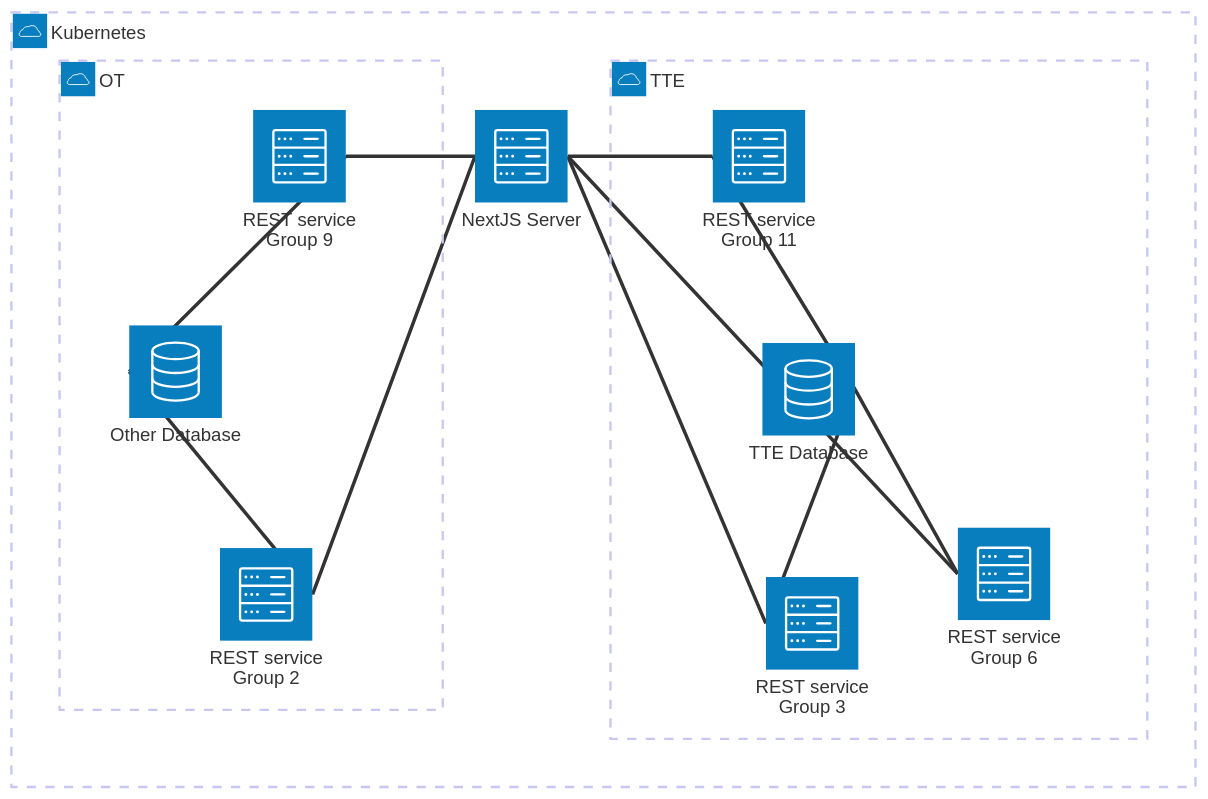
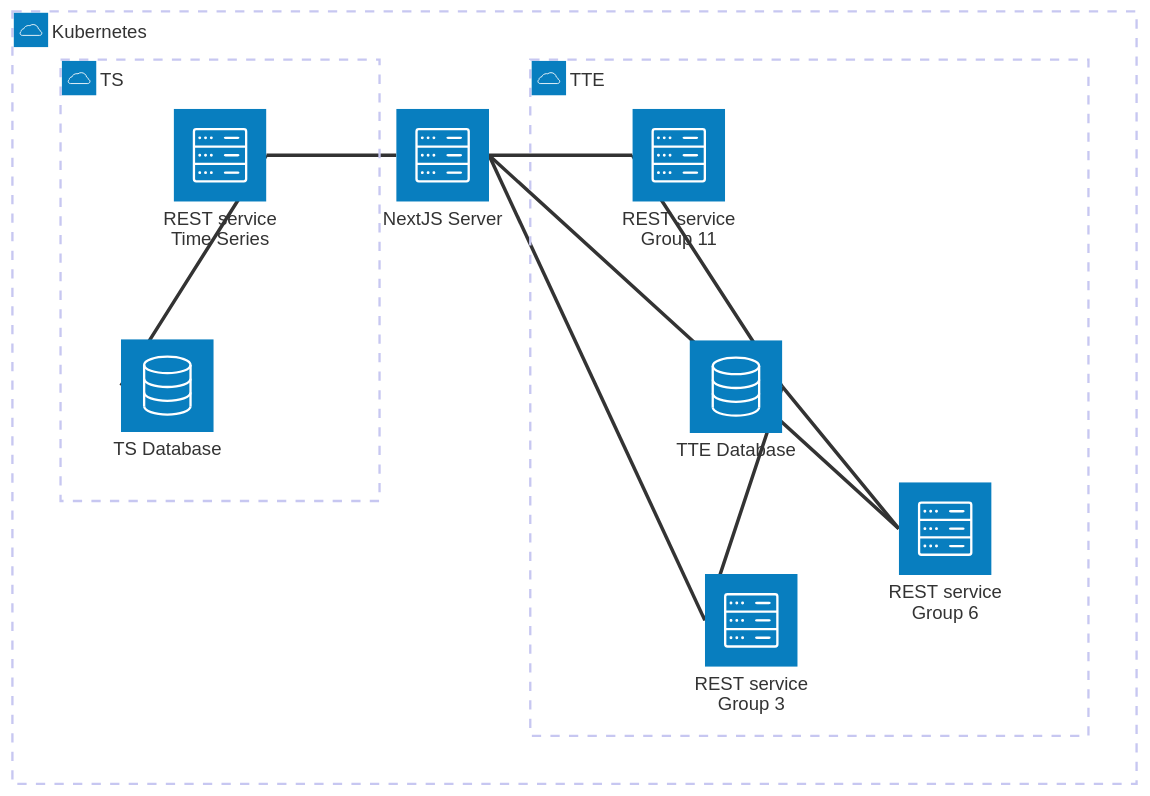
Before and after one commit to astep-aau/aSTEP-frontend: the diagram in README.md, drawn with Mermaid. The commit also changed other lines of this file and 7 other files, not shown here.

First line of the commit message:
feat: initial time-series docs (#49)

````diff
--- a/README.md
+++ b/README.md
@@ -132,28 +131,24 @@
 ```mermaid
 architecture-beta
     group ks(cloud)[Kubernetes]
     group tte(cloud)[TTE] in ks
-    group ot(cloud)[OT] in ks
+    group ts(cloud)[TS] in ks
     service nextjs(server)[NextJS Server] in ks
     service group11service(server)[REST service Group 11] in tte
-    service group2service(server)[REST service Group 2] in ot
+    service tsservice(server)[REST service Time Series] in ts
     service group3service(server)[REST service Group 3] in tte
     service group6service(server)[REST service Group 6] in tte
-    service group9service(server)[REST service Group 9] in ot
     service ttedatabase(database)[TTE Database] in tte
-    service otherdatabase(database)[Other Database] in ot
+    service tsdatabase(database)[TS Database] in ts
 
     group3service:L -- R:ttedatabase
     group6service:L -- R:ttedatabase
     group11service:L -- R:ttedatabase
 
     group3service:L -- R:nextjs
     group6service:L -- R:nextjs
     group11service:L -- R:nextjs
 
-    group2service:R-- L:otherdatabase
-    group9service:R -- L:otherdatabase
-
-    group2service:R-- L:nextjs
-    group9service:R -- L:nextjs
+    tsservice:R -- L:tsdatabase
+    tsservice:R -- L:nextjs
 ```
````
